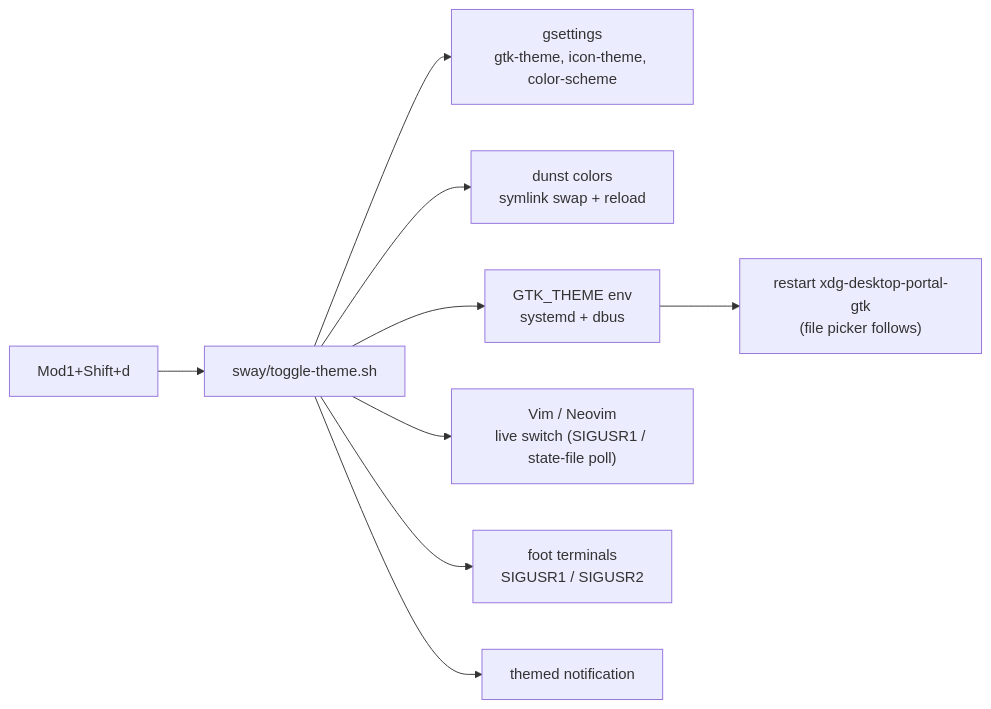
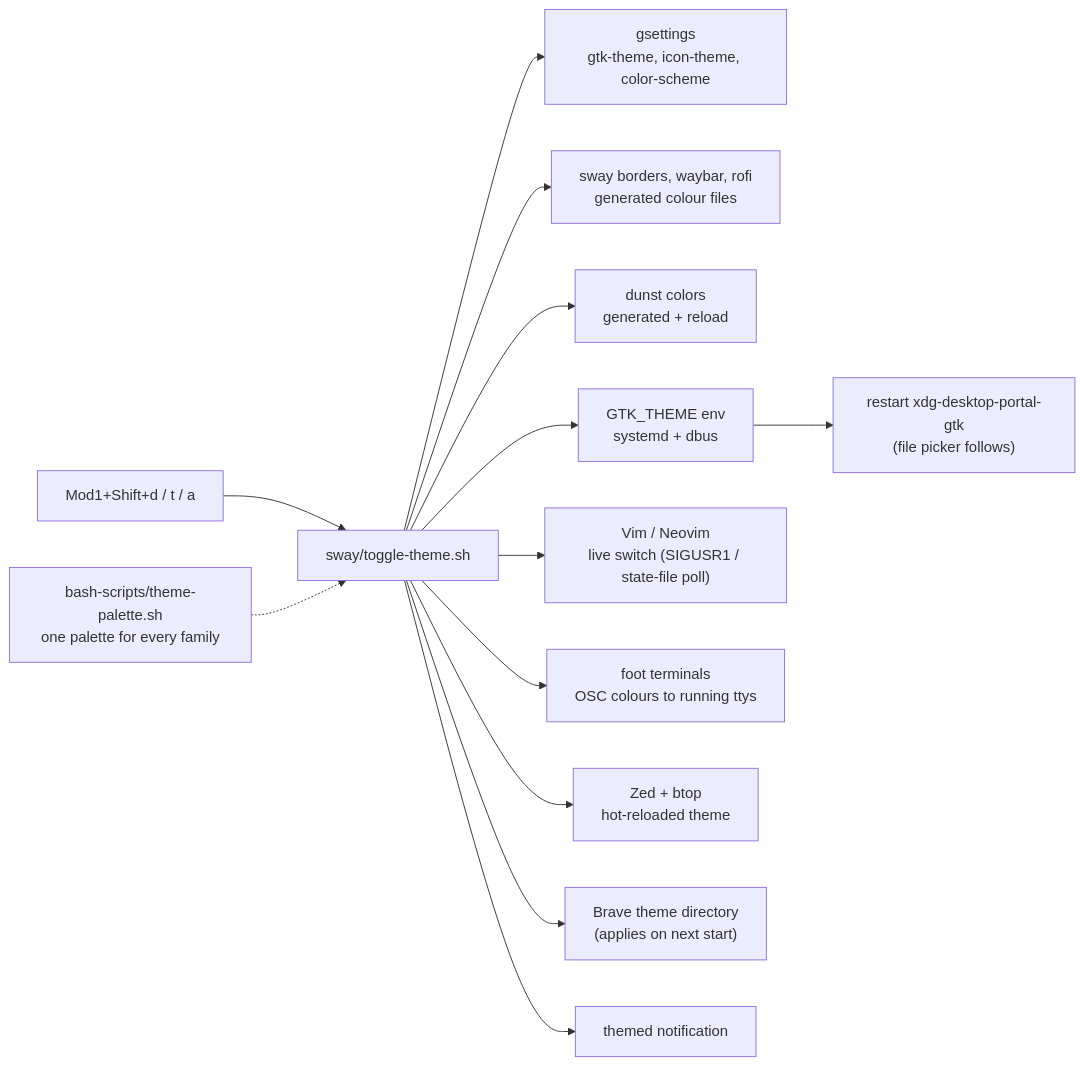
The second of 2 diagrams in README.md (Darren-Haynes/dotfiles), drawn with Mermaid before and after one commit. The commit also changed other lines of this file and 1 other file, not shown here.

First line of the commit message:
docs, install: cover the shhhed family and the renamed theme scripts

````diff
--- a/README.md
+++ b/README.md
@@ -49,11 +49,15 @@
 ```mermaid
 flowchart LR
-    K[Mod1+Shift+d] --> T[sway/toggle-theme.sh]
+    K["Mod1+Shift+d / t / a"] --> T[sway/toggle-theme.sh]
+    PAL["bash-scripts/theme-palette.sh<br/>one palette for every family"] -.-> T
     T --> G["gsettings<br/>gtk-theme, icon-theme, color-scheme"]
-    T --> D["dunst colors<br/>symlink swap + reload"]
+    T --> S["sway borders, waybar, rofi<br/>generated colour files"]
+    T --> D["dunst colors<br/>generated + reload"]
     T --> E["GTK_THEME env<br/>systemd + dbus"]
     E --> P["restart xdg-desktop-portal-gtk<br/>(file picker follows)"]
     T --> V["Vim / Neovim<br/>live switch (SIGUSR1 / state-file poll)"]
-    T --> F["foot terminals<br/>SIGUSR1 / SIGUSR2"]
+    T --> F["foot terminals<br/>OSC colours to running ttys"]
+    T --> Z["Zed + btop<br/>hot-reloaded theme"]
+    T --> B["Brave theme directory<br/>(applies on next start)"]
     T --> N["themed notification"]
 ```
````
